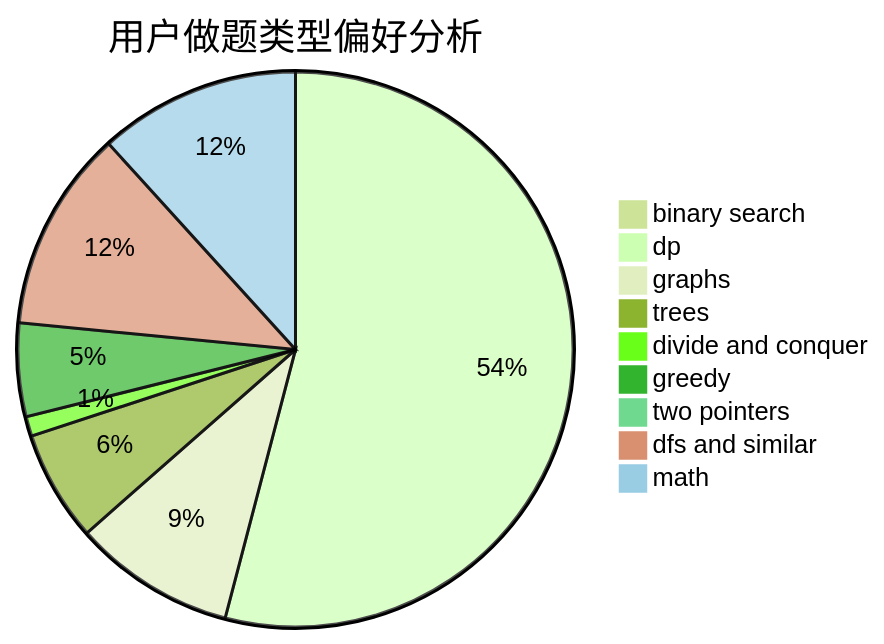
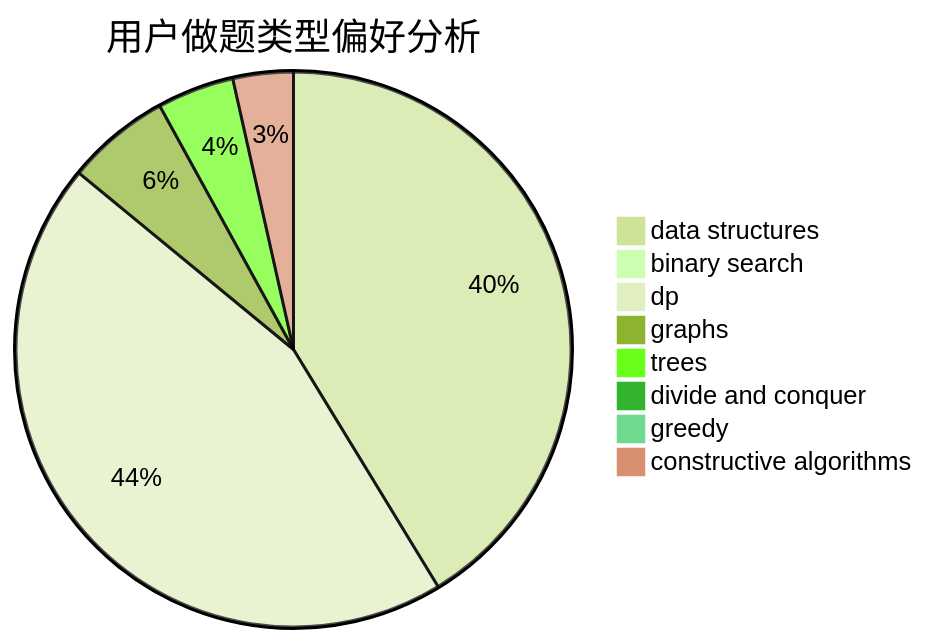
Before and after one commit to sherpahu/cfrs.github.io: the second of 3 diagrams in docs/user/u2631.md, drawn with Mermaid (forest theme). The commit also changed other lines of this file and 2775 other files, not shown here.

````diff
--- a/docs/user/u2631.md
+++ b/docs/user/u2631.md
@@ -23,12 +23,11 @@
 ```mermaid
 pie title 用户做题类型偏好分析
-    "binary search" :  6
-    "dp" :  378
-    "graphs" :  66
-    "trees" :  45
+    "data structures" :  341
+    "binary search" :  2
+    "dp" :  369
+    "graphs" :  50
+    "trees" :  37
     "divide and conquer" :  8
-    "greedy" :  38
-    "two pointers" :  1
-    "dfs and similar" :  82
-    "math" :  82
+    "greedy" :  7
+    "constructive algorithms" :  29
 ```
````
